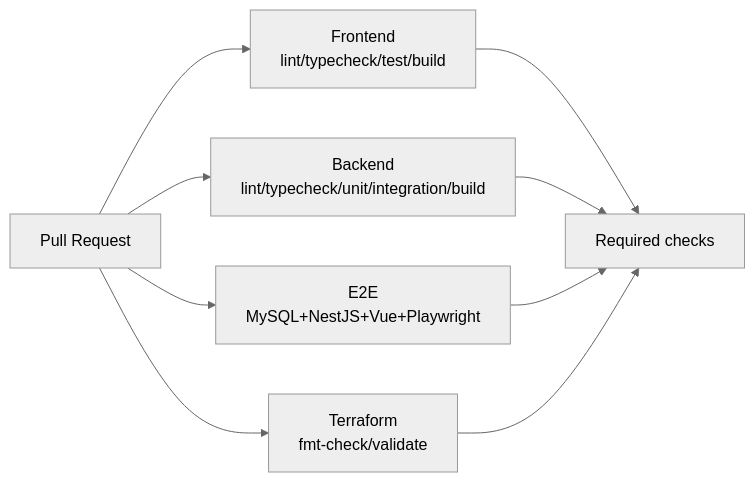
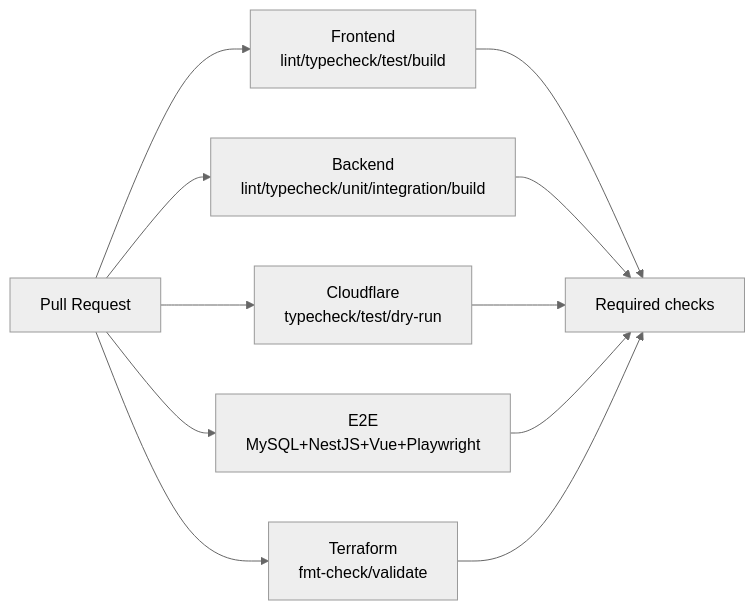
Before and after one commit to Hiroyuki-12/FieldFlow: the first of 3 diagrams in docs/design/ci-cd.md, drawn with Mermaid (neutral theme). The commit also changed other lines of this file and 65 other files, not shown here.

````diff
--- a/docs/design/ci-cd.md
+++ b/docs/design/ci-cd.md
@@ -12,11 +12,13 @@
 ```mermaid
 flowchart LR
     PR[Pull Request] --> F["Frontend<br/>lint/typecheck/test/build"]
     PR --> B["Backend<br/>lint/typecheck/unit/integration/build"]
+    PR --> C["Cloudflare<br/>typecheck/test/dry-run"]
     PR --> E["E2E<br/>MySQL+NestJS+Vue+Playwright"]
     PR --> T["Terraform<br/>fmt-check/validate"]
     F --> G[Required checks]
     B --> G
+    C --> G
     E --> G
     T --> G
 ```
````
